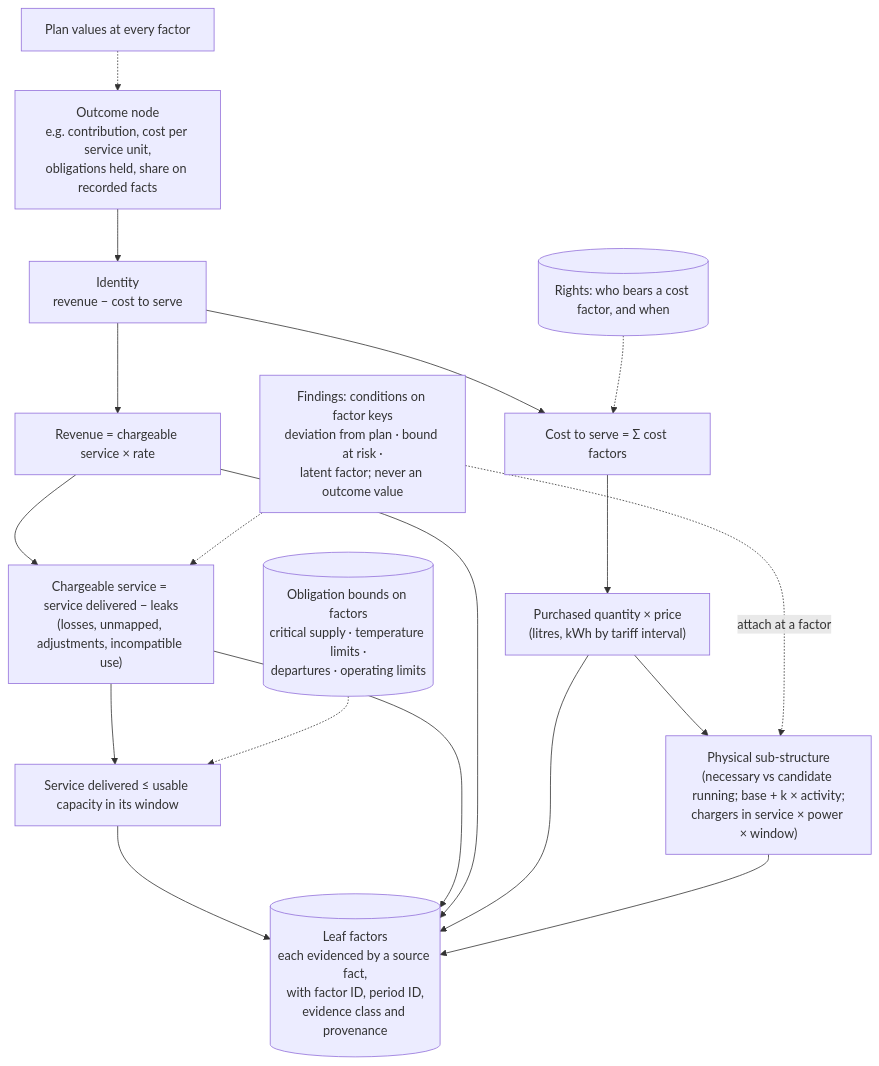
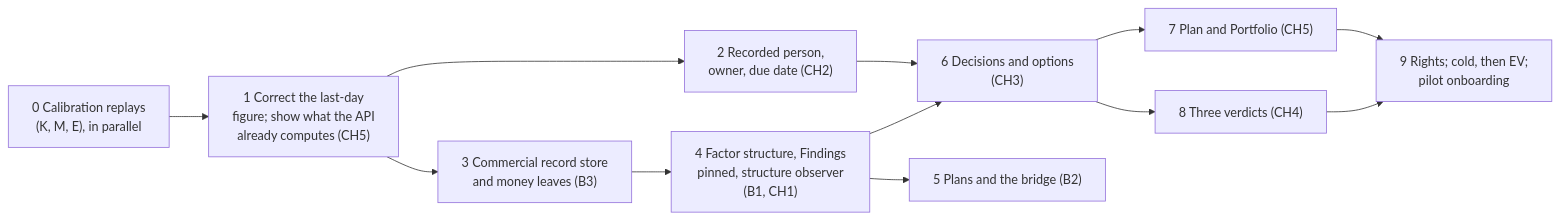
The tenth of 10 diagrams in Docs/demo-sprint/product-direction-layer4/layer4-transformation-design.md (bineyame/AssetOpsV1), drawn with Mermaid before and after one commit. The commit also changed other lines of this file and 5 other files, not shown here.

First line of the commit message:
Layer 4 design rev 16: regenerated on the owner's structure (Phase B)

````diff
--- a/Docs/demo-sprint/product-direction-layer4/layer4-transformation-design.md
+++ b/Docs/demo-sprint/product-direction-layer4/layer4-transformation-design.md
@@ -386,16 +593,12 @@
 ```mermaid
-flowchart TB
-  OUT["Outcome node<br/>e.g. contribution, cost per service unit,<br/>obligations held, share on recorded facts"] --> ID["Identity<br/>revenue − cost to serve"]
-  ID --> REV["Revenue = chargeable service × rate"]
-  ID --> CST["Cost to serve = Σ cost factors"]
-  REV --> CHG["Chargeable service = service delivered − leaks<br/>(losses, unmapped, adjustments, incompatible use)"]
-  CHG --> SRV["Service delivered ≤ usable capacity in its window"]
-  CST --> QTY["Purchased quantity × price<br/>(litres, kWh by tariff interval)"]
-  QTY --> PHY["Physical sub-structure<br/>(necessary vs candidate running; base + k × activity;<br/>chargers in service × power × window)"]
-  SRV & CHG & REV & QTY & PHY --> LEAF[("Leaf factors<br/>each evidenced by a source fact,<br/>with factor ID, period ID,<br/>evidence class and provenance")]
-  PLAN["Plan values at every factor"] -.-> OUT
-  BND[("Obligation bounds on factors<br/>critical supply · temperature limits ·<br/>departures · operating limits")] -.-> SRV
-  RGT[("Rights: who bears a cost factor, and when")] -.-> CST
-  FND["Findings: conditions on factor keys<br/>deviation from plan · bound at risk ·<br/>latent factor; never an outcome value"] -. "attach at a factor" .-> PHY
-  FND -.-> CHG
+flowchart LR
+  S0["0 Calibration replays<br/>(K, M, E), in parallel"] --> S1["1 Correct the last-day<br/>figure; show what the API<br/>already computes (CH5)"]
+  S1 --> S2["2 Recorded person,<br/>owner, due date (CH2)"]
+  S1 --> S3["3 Commercial record store<br/>and money leaves (B3)"]
+  S2 --> S6
+  S3 --> S4["4 Factor structure, Findings<br/>pinned, structure observer<br/>(B1, CH1)"] --> S5["5 Plans and the bridge (B2)"]
+  S4 --> S6["6 Decisions and options<br/>(CH3)"] --> S7["7 Plan and Portfolio (CH5)"]
+  S6 --> S8["8 Three verdicts (CH4)"]
+  S7 --> S9["9 Rights; cold, then EV;<br/>pilot onboarding"]
+  S8 --> S9
 ```
````
